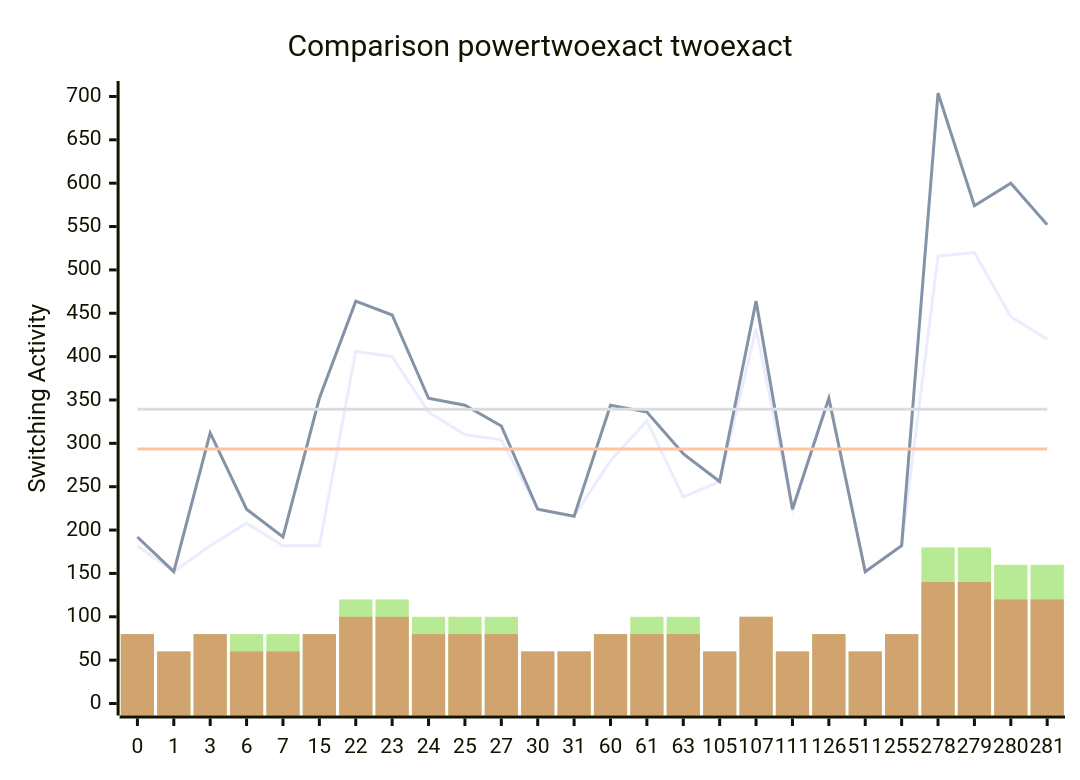
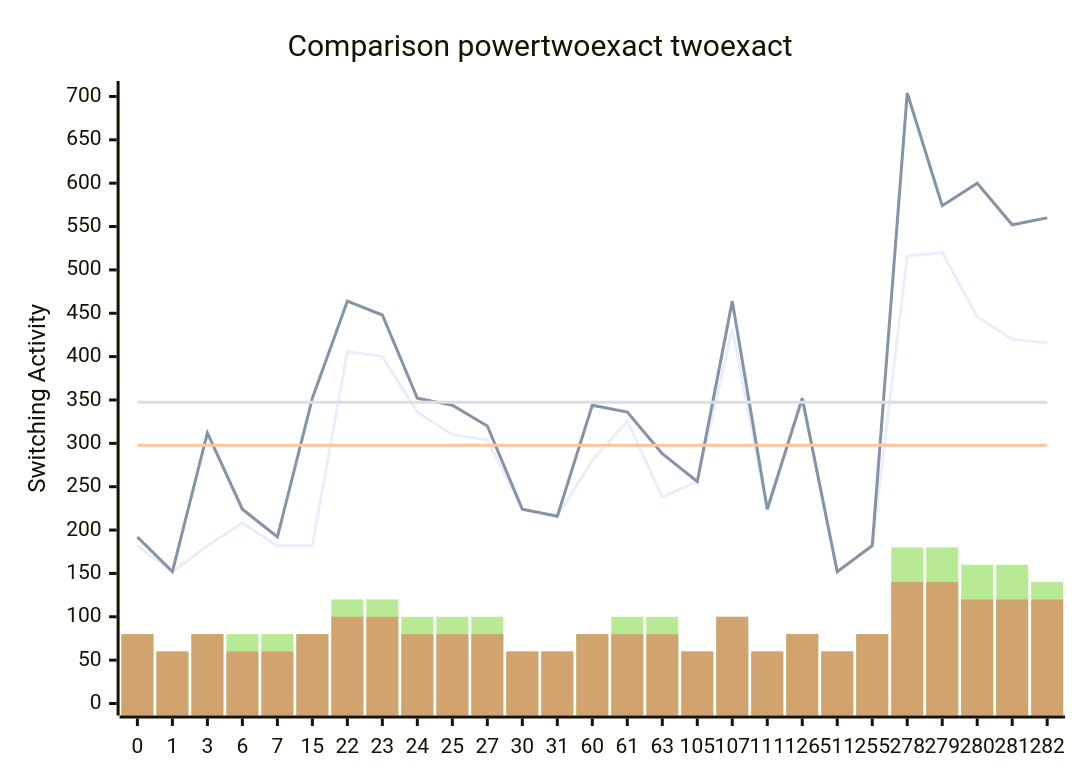
One commit to FeldmeierMichael/Exact-Power-Synthesis changed the diagram in benchmark_opt.md. Above: the diagram before and after it, drawn with Mermaid. The commit also changed other lines of this file, not shown here.

````diff
--- a/benchmark_opt.md
+++ b/benchmark_opt.md
@@ -57,12 +59,12 @@
 ```mermaid
 xychart-beta
     title "Comparison powertwoexact twoexact"
-    x-axis [0, 1, 3, 6, 7, 15, 22, 23, 24, 25, 27, 30, 31, 60, 61, 63, 105, 107, 111, 126, 511, 255, 278, 279, 280, 281]
+    x-axis [0, 1, 3, 6, 7, 15, 22, 23, 24, 25, 27, 30, 31, 60, 61, 63, 105, 107, 111, 126, 511, 255, 278, 279, 280, 281, 282]
     y-axis "Switching Activity" 0-->704
-    line [182, 152, 182, 208, 182, 182, 406, 400, 336, 310, 304, 224, 216, 280, 326, 238, 256, 432, 224, 352, 152, 182, 516, 520, 446, 420]
-    line [192, 152, 312, 224, 192, 352, 464, 448, 352, 344, 320, 224, 216, 344, 336, 288, 256, 464, 224, 352, 152, 182, 704, 574, 600, 552]
-    line [293.38461538461536, 293.38461538461536, 293.38461538461536, 293.38461538461536, 293.38461538461536, 293.38461538461536, 293.38461538461536, 293.38461538461536, 293.38461538461536, 293.38461538461536, 293.38461538461536, 293.38461538461536, 293.38461538461536, 293.38461538461536, 293.38461538461536, 293.38461538461536, 293.38461538461536, 293.38461538461536, 293.38461538461536, 293.38461538461536, 293.38461538461536, 293.38461538461536, 293.38461538461536, 293.38461538461536, 293.38461538461536, 293.38461538461536]
-    line [339.2307692307692, 339.2307692307692, 339.2307692307692, 339.2307692307692, 339.2307692307692, 339.2307692307692, 339.2307692307692, 339.2307692307692, 339.2307692307692, 339.2307692307692, 339.2307692307692, 339.2307692307692, 339.2307692307692, 339.2307692307692, 339.2307692307692, 339.2307692307692, 339.2307692307692, 339.2307692307692, 339.2307692307692, 339.2307692307692, 339.2307692307692, 339.2307692307692, 339.2307692307692, 339.2307692307692, 339.2307692307692, 339.2307692307692]
-    bar [80, 60, 80, 80, 80, 80, 120, 120, 100, 100, 100, 60, 60, 80, 100, 100, 60, 100, 60, 80, 60, 80, 180, 180, 160, 160]
-    bar [80, 60, 80, 60, 60, 80, 100, 100, 80, 80, 80, 60, 60, 80, 80, 80, 60, 100, 60, 80, 60, 80, 140, 140, 120, 120]
+    line [182, 152, 182, 208, 182, 182, 406, 400, 336, 310, 304, 224, 216, 280, 326, 238, 256, 432, 224, 352, 152, 182, 516, 520, 446, 420, 416]
+    line [192, 152, 312, 224, 192, 352, 464, 448, 352, 344, 320, 224, 216, 344, 336, 288, 256, 464, 224, 352, 152, 182, 704, 574, 600, 552, 560]
+    line [297.9259259259259, 297.9259259259259, 297.9259259259259, 297.9259259259259, 297.9259259259259, 297.9259259259259, 297.9259259259259, 297.9259259259259, 297.9259259259259, 297.9259259259259, 297.9259259259259, 297.9259259259259, 297.9259259259259, 297.9259259259259, 297.9259259259259, 297.9259259259259, 297.9259259259259, 297.9259259259259, 297.9259259259259, 297.9259259259259, 297.9259259259259, 297.9259259259259, 297.9259259259259, 297.9259259259259, 297.9259259259259, 297.9259259259259, 297.9259259259259]
+    line [347.4074074074074, 347.4074074074074, 347.4074074074074, 347.4074074074074, 347.4074074074074, 347.4074074074074, 347.4074074074074, 347.4074074074074, 347.4074074074074, 347.4074074074074, 347.4074074074074, 347.4074074074074, 347.4074074074074, 347.4074074074074, 347.4074074074074, 347.4074074074074, 347.4074074074074, 347.4074074074074, 347.4074074074074, 347.4074074074074, 347.4074074074074, 347.4074074074074, 347.4074074074074, 347.4074074074074, 347.4074074074074, 347.4074074074074, 347.4074074074074]
+    bar [80, 60, 80, 80, 80, 80, 120, 120, 100, 100, 100, 60, 60, 80, 100, 100, 60, 100, 60, 80, 60, 80, 180, 180, 160, 160, 140]
+    bar [80, 60, 80, 60, 60, 80, 100, 100, 80, 80, 80, 60, 60, 80, 80, 80, 60, 100, 60, 80, 60, 80, 140, 140, 120, 120, 120]
 ```
````
